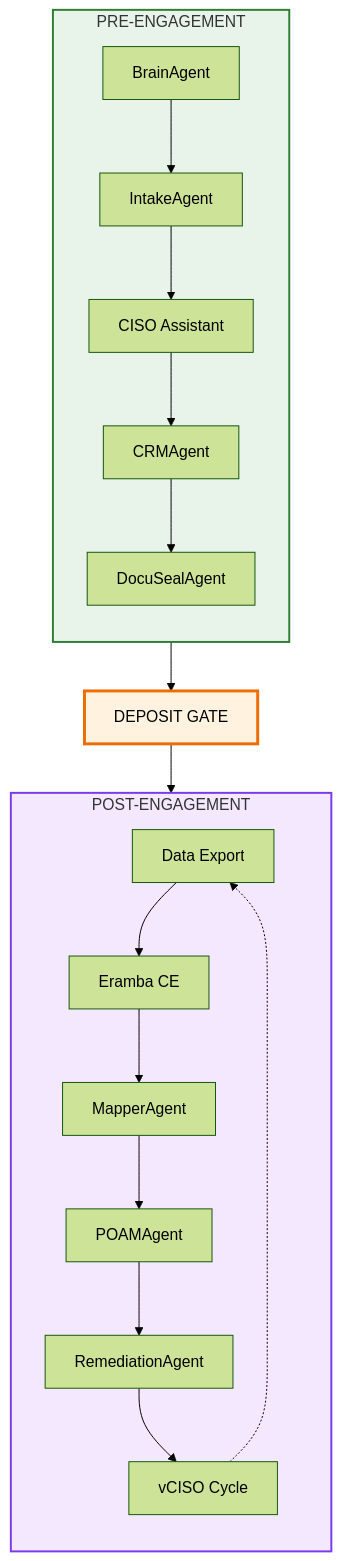
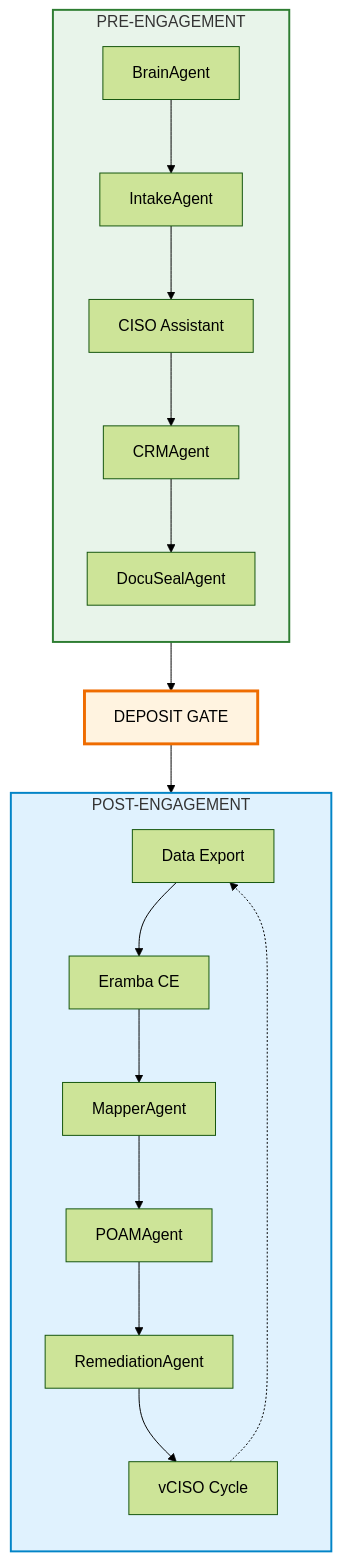
Before and after one commit to Pharns/portfolio: the third of 3 diagrams in docs/cybersecurity/giap.md, drawn with Mermaid (forest theme). The commit also changed other lines of this file and 3 other files, not shown here.

First line of the commit message:
Convert ASCII diagrams to Mermaid across portfolio + theme color update

````diff
--- a/docs/cybersecurity/giap.md
+++ b/docs/cybersecurity/giap.md
@@ -150,29 +150,29 @@
 ```mermaid
 flowchart TB
     subgraph PRE[PRE-ENGAGEMENT]
         direction TB
         BA1[BrainAgent] --> IA[IntakeAgent]
         IA --> CA1[CISO Assistant]
         CA1 --> CRMA[CRMAgent]
         CRMA --> DSA[DocuSealAgent]
     end
 
     DG[DEPOSIT GATE]
 
     subgraph POST[POST-ENGAGEMENT]
         direction TB
         EXP[Data Export] --> ERA[Eramba CE]
         ERA --> MA[MapperAgent]
         MA --> PA[POAMAgent]
         PA --> RA[RemediationAgent]
         RA --> VCISO[vCISO Cycle]
     end
 
     DSA --> DG
     DG --> EXP
     VCISO -.-> EXP
 
     style PRE fill:#e8f4ea,stroke:#2e7d32,stroke-width:2px
-    style POST fill:#f3e8ff,stroke:#7c3aed,stroke-width:2px
+    style POST fill:#e0f2fe,stroke:#0284c7,stroke-width:2px
     style DG fill:#fff3e0,stroke:#ef6c00,stroke-width:3px
 ```
````
